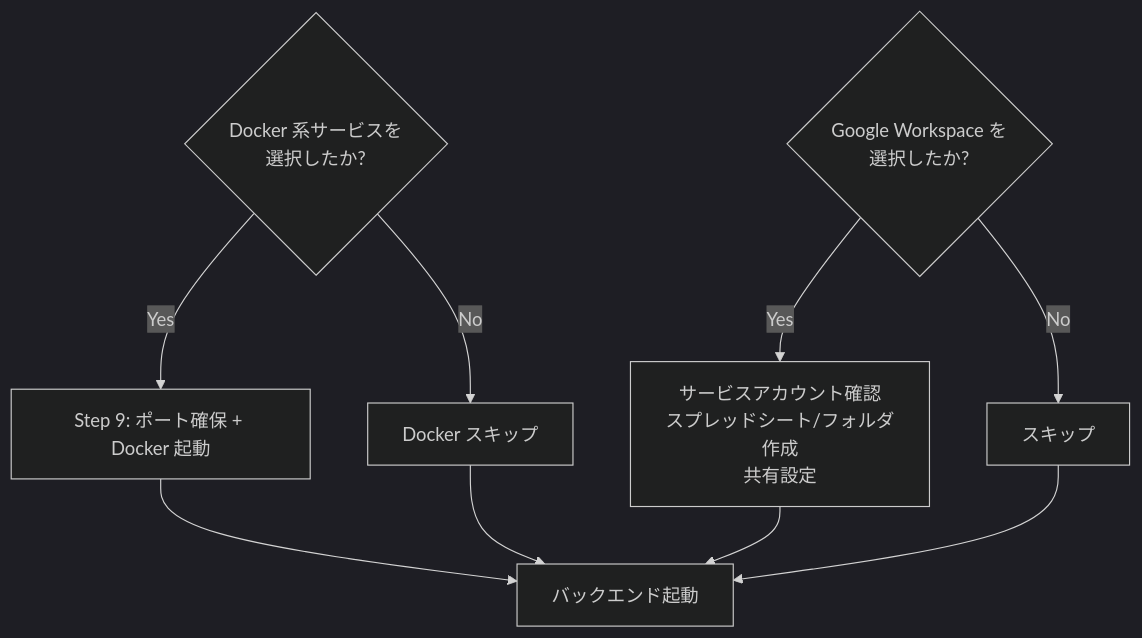
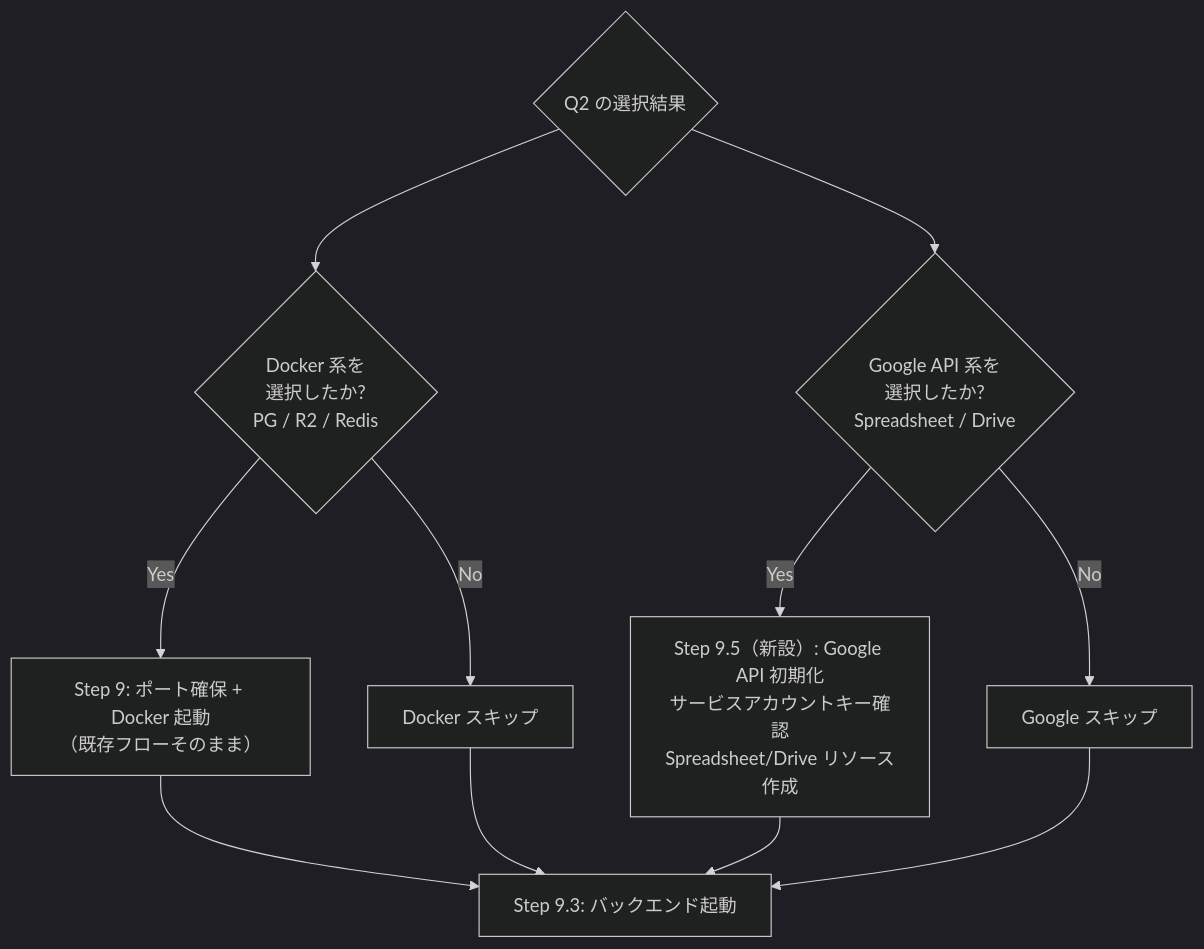
The second of 4 diagrams in 開発/検討中/2026-03-03_GoogleWorkspace連携選択肢.md (nyan-tama/Ghostrunner), drawn with Mermaid (dark theme) before and after one commit. The commit also changed other lines of this file, not shown here.

Commit message:
docs: GoogleWorkspace連携の方針決定を反映、案A(完全並列)・SA認証・共存方式で具体化

````diff
--- a/開発/検討中/2026-03-03_GoogleWorkspace連携選択肢.md
+++ b/開発/検討中/2026-03-03_GoogleWorkspace連携選択肢.md
@@ -195,15 +111,18 @@
 ```mermaid
 flowchart TD
-    CHECK{Docker 系サービスを<br>選択したか?}
-    CHECK -->|Yes| DOCKER["Step 9: ポート確保 + Docker 起動"]
-    CHECK -->|No| SKIP["Docker スキップ"]
+    Q2{Q2 の選択結果}
 
-    CHECK2{Google Workspace を<br>選択したか?}
-    CHECK2 -->|Yes| GW_INIT["サービスアカウント確認\nスプレッドシート/フォルダ作成\n共有設定"]
-    CHECK2 -->|No| SKIP2["スキップ"]
+    Q2 --> CHECK_DOCKER{Docker 系を<br>選択したか?<br>PG / R2 / Redis}
+    Q2 --> CHECK_GOOGLE{Google API 系を<br>選択したか?<br>Spreadsheet / Drive}
 
-    DOCKER --> BACKEND["バックエンド起動"]
-    SKIP --> BACKEND
-    GW_INIT --> BACKEND
-    SKIP2 --> BACKEND
+    CHECK_DOCKER -->|Yes| STEP9["Step 9: ポート確保 + Docker 起動<br>（既存フローそのまま）"]
+    CHECK_DOCKER -->|No| SKIP_DOCKER["Docker スキップ"]
+
+    CHECK_GOOGLE -->|Yes| STEP9_5["Step 9.5（新設）: Google API 初期化<br>サービスアカウントキー確認<br>Spreadsheet/Drive リソース作成"]
+    CHECK_GOOGLE -->|No| SKIP_GOOGLE["Google スキップ"]
+
+    STEP9 --> STEP9_3["Step 9.3: バックエンド起動"]
+    SKIP_DOCKER --> STEP9_3
+    STEP9_5 --> STEP9_3
+    SKIP_GOOGLE --> STEP9_3
 ```
````
